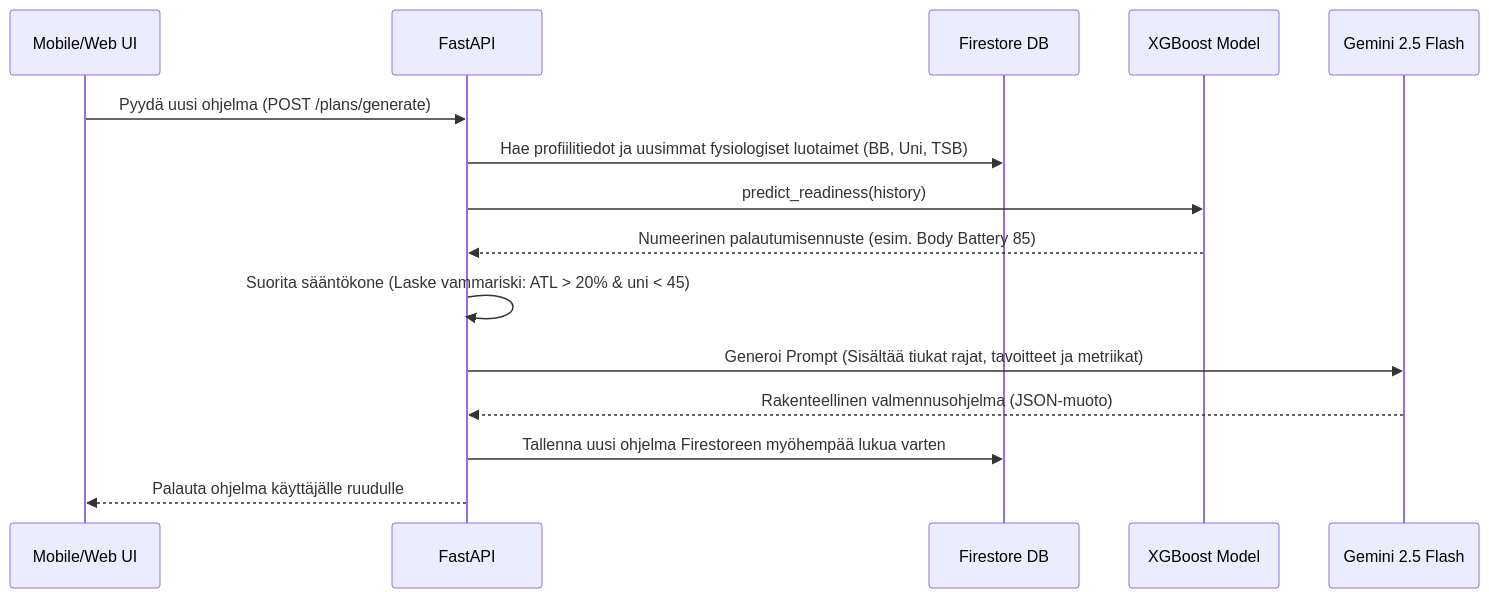
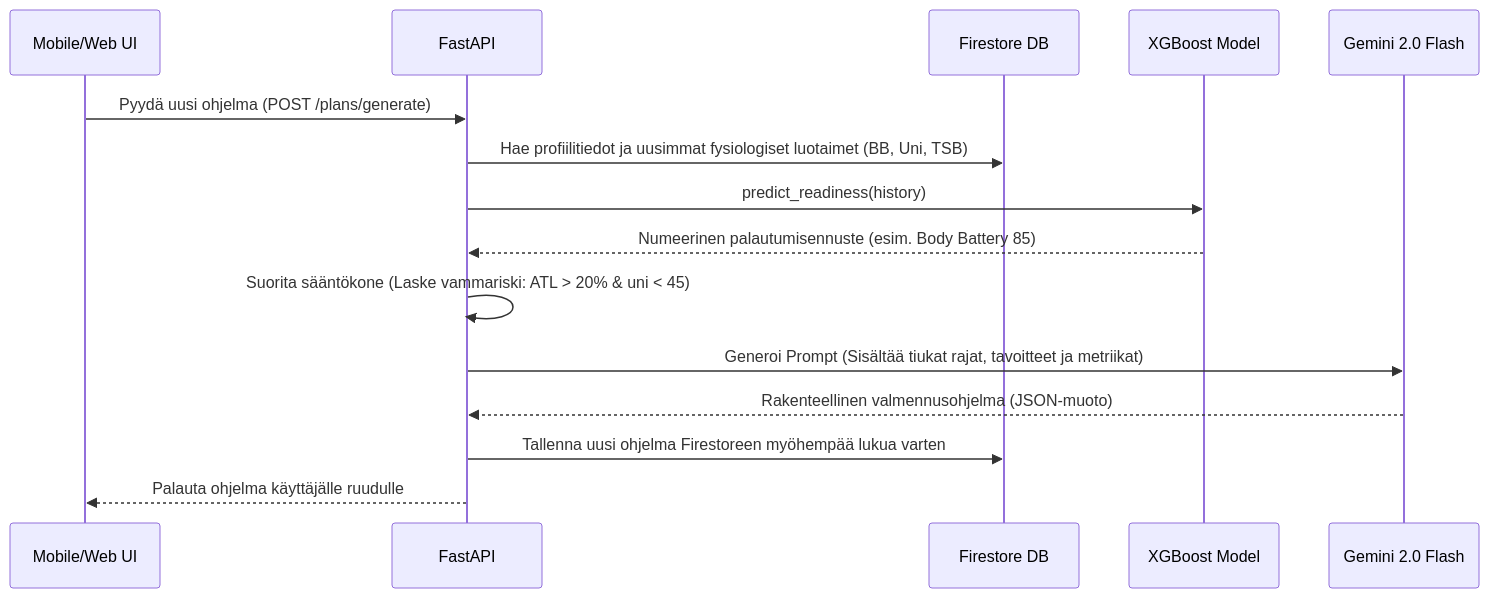
The second of 3 diagrams in Docs/data_flow.md (Sami-Python/Health_AI), drawn with Mermaid before and after one commit. The commit also changed other lines of this file and 22 other files, not shown here.

````diff
--- a/Docs/data_flow.md
+++ b/Docs/data_flow.md
@@ -55,20 +55,20 @@
 ```mermaid
 sequenceDiagram
     participant UI as Mobile/Web UI
     participant API as FastAPI
     participant DB as Firestore DB
     participant ML as XGBoost Model
-    participant Gemini as Gemini 2.5 Flash
+    participant Gemini as Gemini 2.0 Flash
 
     UI->>API: Pyydä uusi ohjelma (POST /plans/generate)
     API->>DB: Hae profiilitiedot ja uusimmat fysiologiset luotaimet (BB, Uni, TSB)
     API->>ML: predict_readiness(history)
     ML-->>API: Numeerinen palautumisennuste (esim. Body Battery 85)
     API->>API: Suorita sääntökone (Laske vammariski: ATL > 20% & uni < 45)
     
     API->>Gemini: Generoi Prompt (Sisältää tiukat rajat, tavoitteet ja metriikat)
     Gemini-->>API: Rakenteellinen valmennusohjelma (JSON-muoto)
     
     API->>DB: Tallenna uusi ohjelma Firestoreen myöhempää lukua varten
     API-->>UI: Palauta ohjelma käyttäjälle ruudulle
 ```
````
